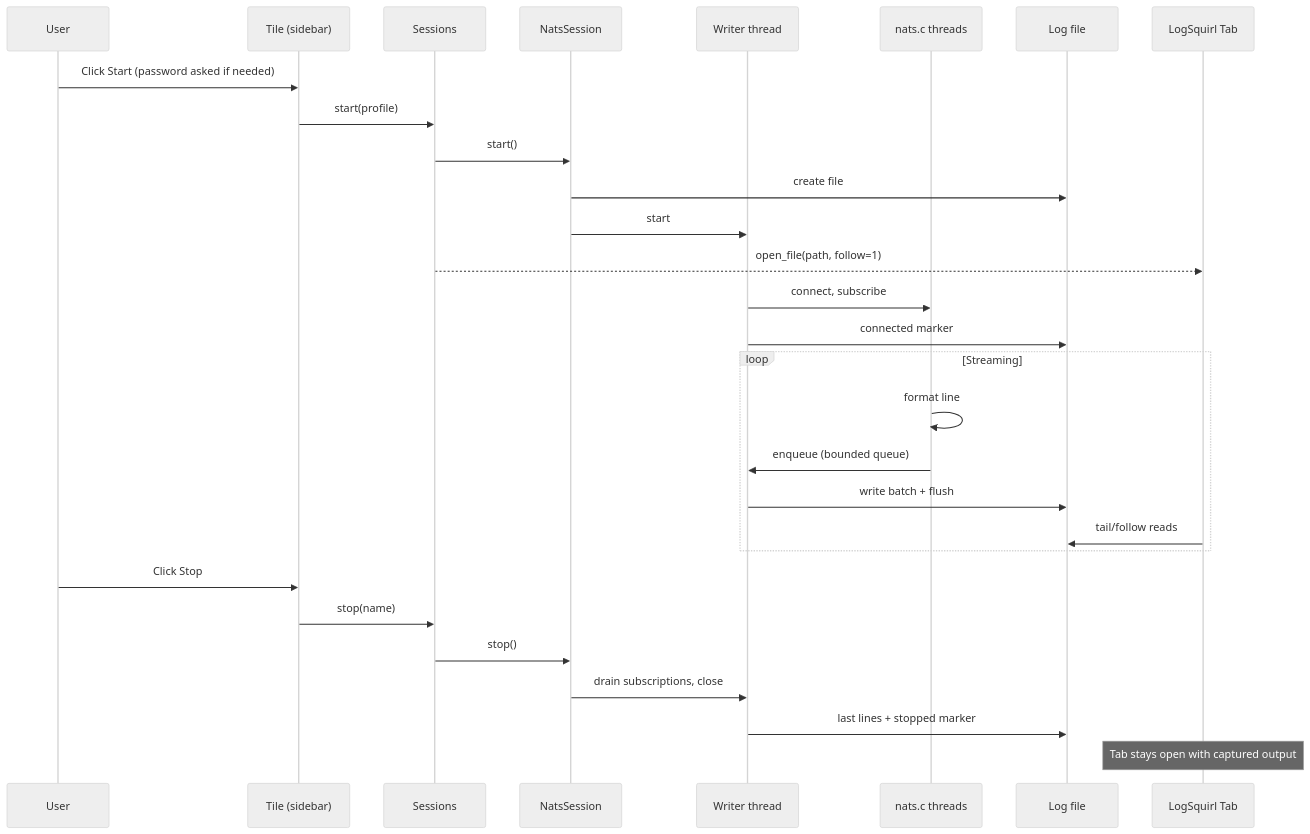
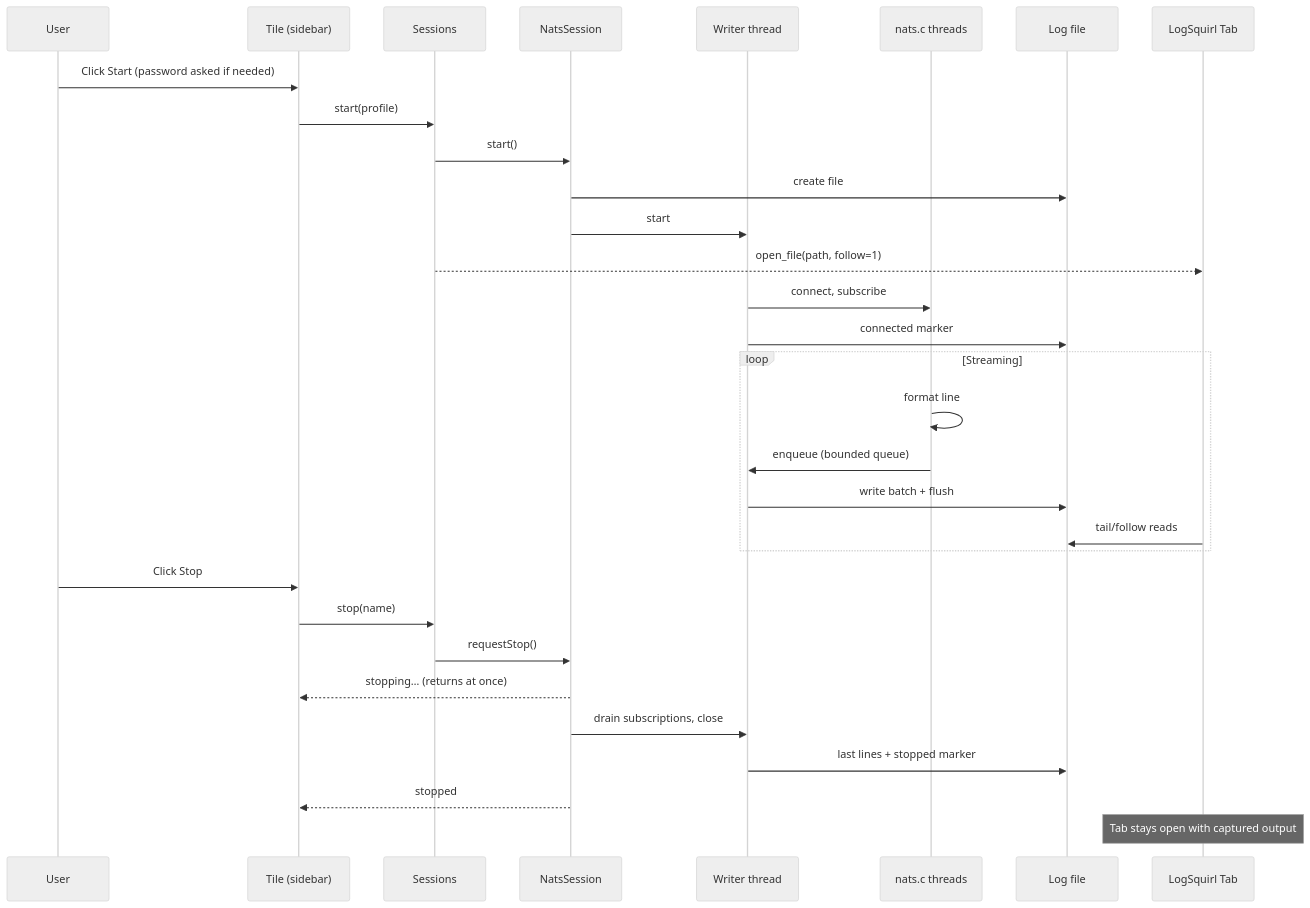
Before and after one commit to 64x-lunicorn/LogSquirl-NATS: the second of 3 diagrams in README.md, drawn with Mermaid (neutral theme). The commit also changed other lines of this file and 51 other files, not shown here.

````diff
--- a/README.md
+++ b/README.md
@@ -442,32 +451,34 @@
 ```mermaid
 sequenceDiagram
     participant User
     participant T as Tile (sidebar)
     participant SS as Sessions
     participant S as NatsSession
     participant W as Writer thread
     participant N as nats.c threads
     participant F as Log file
     participant LS as LogSquirl Tab
 
     User->>T: Click Start (password asked if needed)
     T->>SS: start(profile)
     SS->>S: start()
     S->>F: create file
     S->>W: start
     SS-->>LS: open_file(path, follow=1)
     W->>N: connect, subscribe
     W->>F: connected marker
     loop Streaming
         N->>N: format line
         N->>W: enqueue (bounded queue)
         W->>F: write batch + flush
         LS->>F: tail/follow reads
     end
     User->>T: Click Stop
     T->>SS: stop(name)
-    SS->>S: stop()
+    SS->>S: requestStop()
+    S-->>T: stopping… (returns at once)
     S->>W: drain subscriptions, close
     W->>F: last lines + stopped marker
+    S-->>T: stopped
     Note over LS: Tab stays open with captured output
 ```
````
